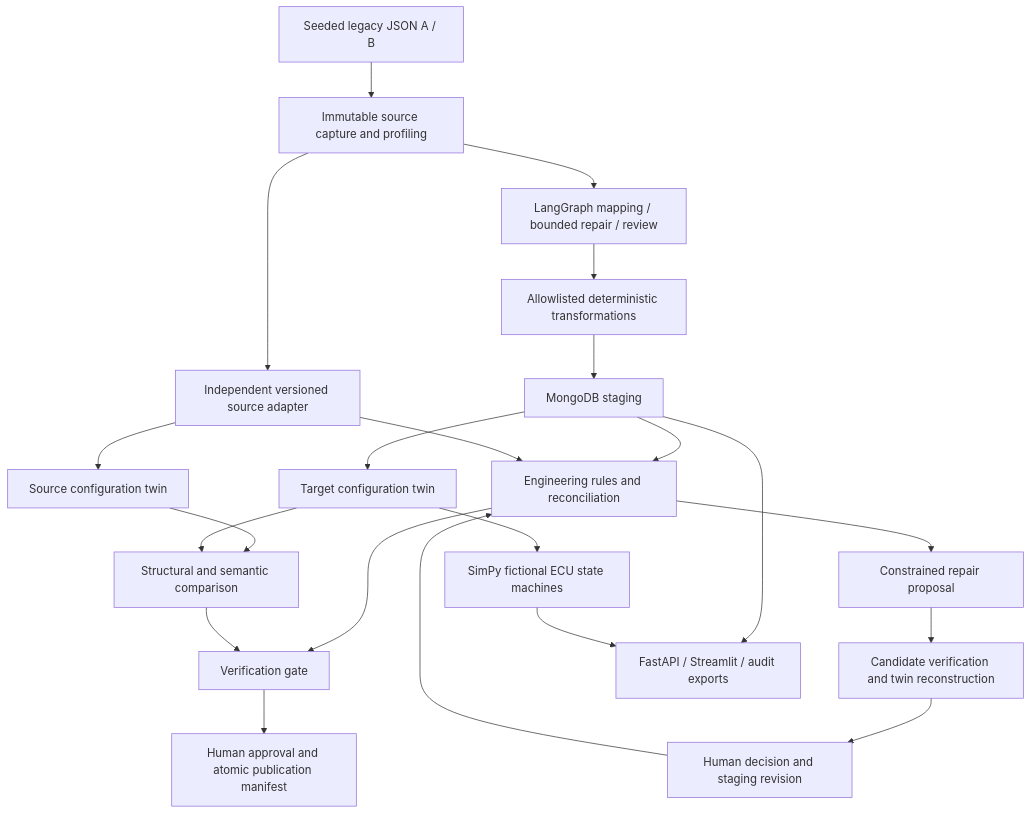
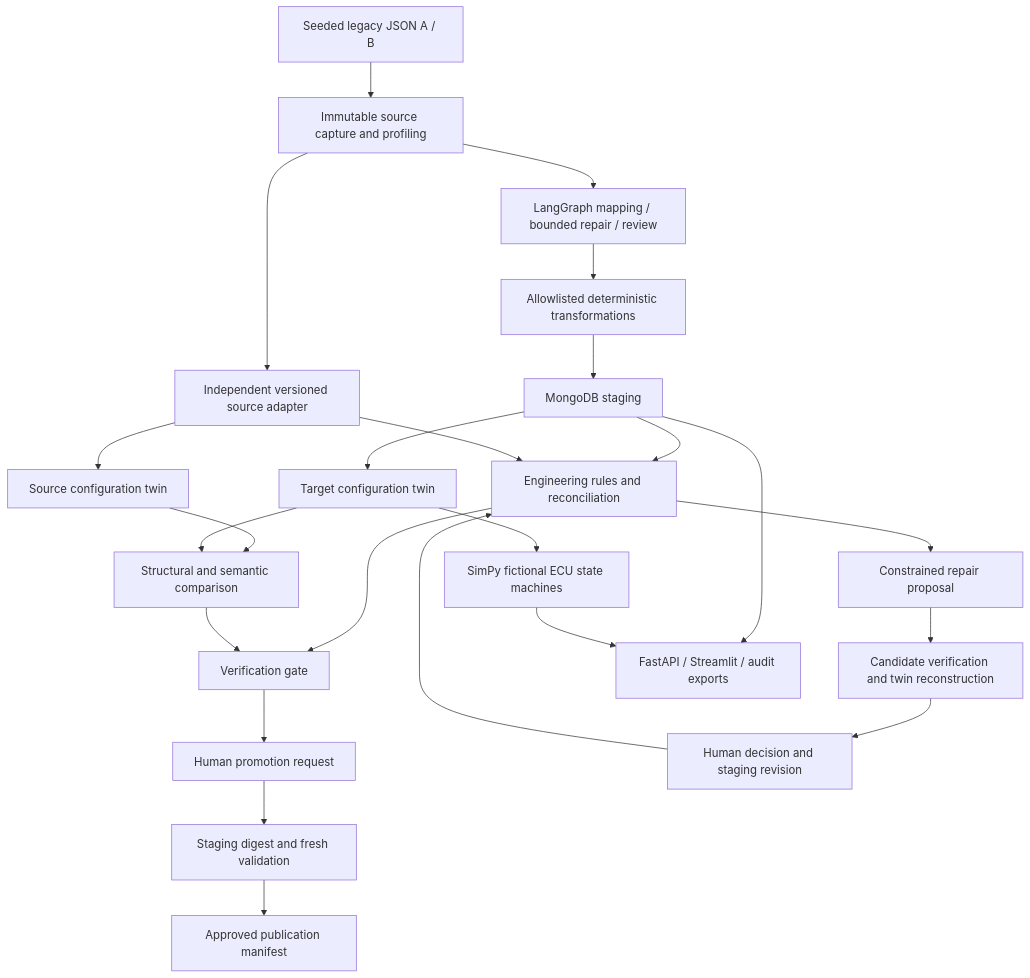
One commit to sravasti12/AutoPLM-Twin changed the diagram in README.md. Above: the diagram before and after it, drawn with Mermaid. The commit also changed other lines of this file and 1 other file, not shown here.

Commit message:
docs: document Phase 2 digital twin validation

````diff
--- a/README.md
+++ b/README.md
@@ -118,24 +119,26 @@
 ```mermaid
 flowchart TD
     A[Seeded legacy JSON A / B] --> B[Immutable source capture and profiling]
     B --> C[LangGraph mapping / bounded repair / review]
     C --> D[Allowlisted deterministic transformations]
     D --> E[MongoDB staging]
     B --> F[Independent versioned source adapter]
     E --> G[Engineering rules and reconciliation]
     F --> G
     F --> H[Source configuration twin]
     E --> I[Target configuration twin]
     H --> J[Structural and semantic comparison]
     I --> J
     I --> K[SimPy fictional ECU state machines]
     G --> L[Verification gate]
     J --> L
-    L --> M[Human approval and atomic publication manifest]
+    L --> M[Human promotion request]
+    M --> R[Staging digest and fresh validation]
+    R --> S[Approved publication manifest]
     G --> N[Constrained repair proposal]
     N --> O[Candidate verification and twin reconstruction]
     O --> P[Human decision and staging revision]
     P --> G
     E --> Q[FastAPI / Streamlit / audit exports]
     K --> Q
 ```
````
